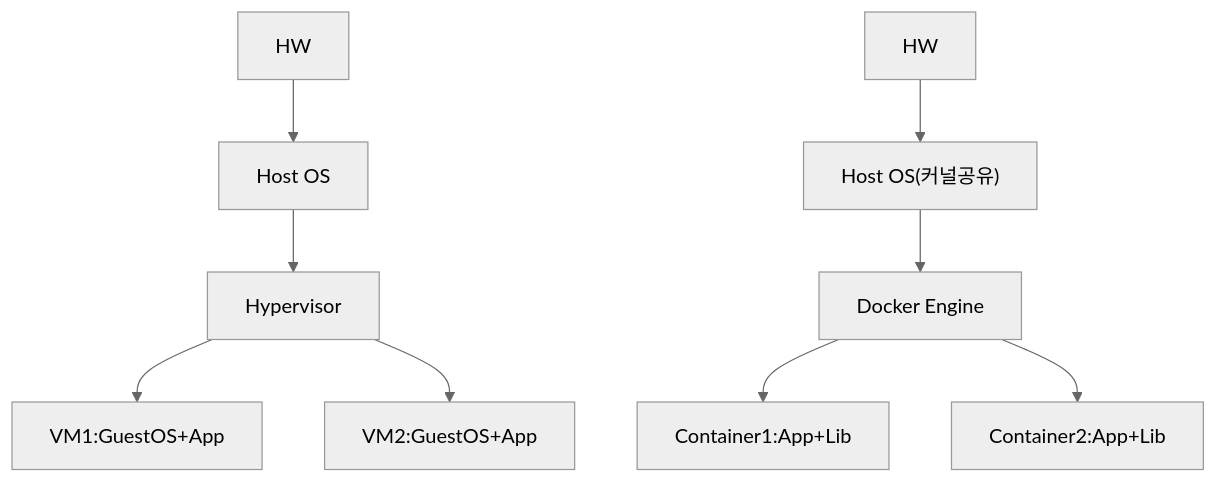
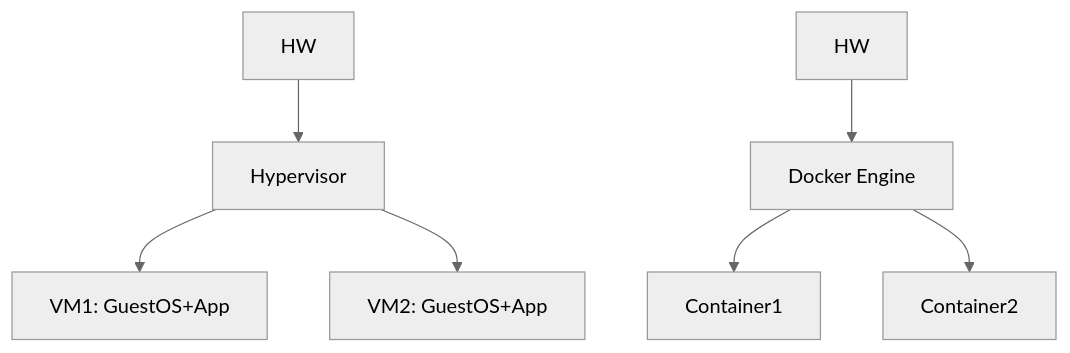
Before and after one commit to yjkim2015/yjkim2015.github.io: the first of 2 diagrams in _posts/cloud/2026-05-01-docker.md, drawn with Mermaid (neutral theme). The commit also changed 155 other files, not shown here.

First line of the commit message:
Mermaid 전면 수정: subgraph 제거, participant/노드/줄수 축소 (342블록)

````diff
--- a/_posts/cloud/2026-05-01-docker.md
+++ b/_posts/cloud/2026-05-01-docker.md
@@ -21,5 +21,9 @@
 ```mermaid
 graph TD
-    HW1["HW"] --> OS1["Host OS"] --> HV["Hypervisor"] --> VM1["VM1:GuestOS+App"] & VM2["VM2:GuestOS+App"]
-    HW2["HW"] --> OS2["Host OS(커널공유)"] --> DE["Docker Engine"] --> C1["Container1:App+Lib"] & C2["Container2:App+Lib"]
+    HW1["HW"] --> HV["Hypervisor"]
+    HV --> VM1["VM1: GuestOS+App"]
+    HV --> VM2["VM2: GuestOS+App"]
+    HW2["HW"] --> DE["Docker Engine"]
+    DE --> C1["Container1"]
+    DE --> C2["Container2"]
 ```
````
